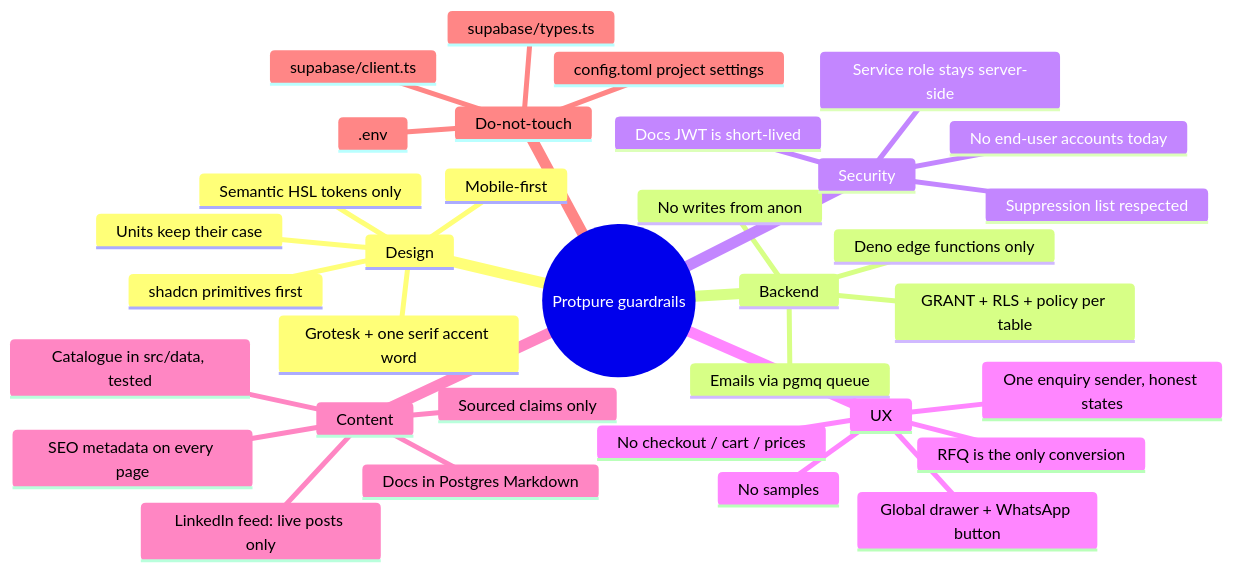
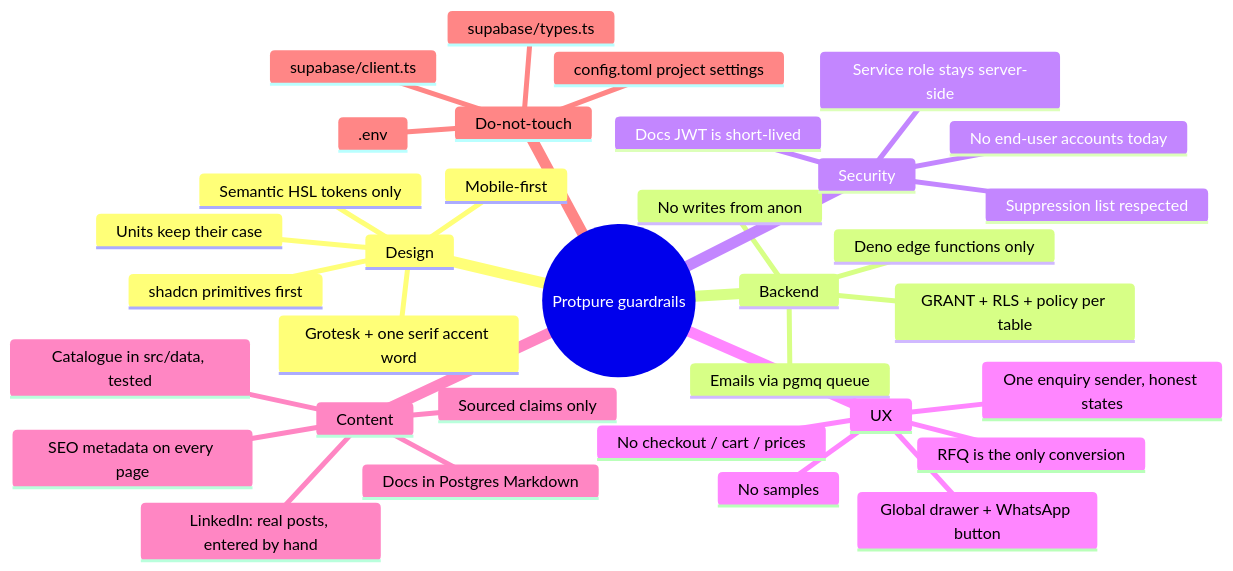
One commit to arka97/protpure-catalog changed the diagram in docs/AI_CONVENTIONS.md. Above: the diagram before and after it, drawn with Mermaid. The commit also changed other lines of this file and 15 other files, not shown here.

````diff
--- a/docs/AI_CONVENTIONS.md
+++ b/docs/AI_CONVENTIONS.md
@@ -79,37 +79,37 @@
 ```mermaid
 mindmap
   root((Protpure guardrails))
     Design
       Semantic HSL tokens only
       Grotesk + one serif accent word
       Units keep their case
       shadcn primitives first
       Mobile-first
     Backend
       Deno edge functions only
       GRANT + RLS + policy per table
       No writes from anon
       Emails via pgmq queue
     Security
       No end-user accounts today
       Service role stays server-side
       Docs JWT is short-lived
       Suppression list respected
     UX
       RFQ is the only conversion
       One enquiry sender, honest states
       Global drawer + WhatsApp button
       No checkout / cart / prices
       No samples
     Content
       Catalogue in src/data, tested
       Sourced claims only
       Docs in Postgres Markdown
-      LinkedIn feed: live posts only
+      LinkedIn: real posts, entered by hand
       SEO metadata on every page
     Do-not-touch
       supabase/client.ts
       supabase/types.ts
       .env
       config.toml project settings
 ```
````
